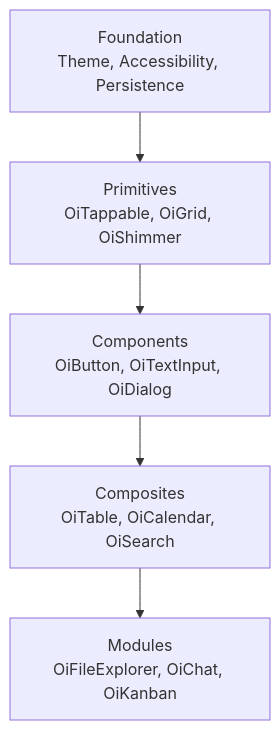
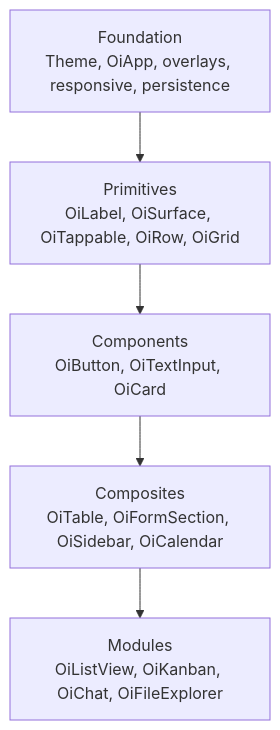
The diagram in doc/documentation/docs/core-concepts/component-tiers.md (SimonErich/obers_ui), drawn with Mermaid before and after one commit. The commit also changed other lines of this file and 88 other files, not shown here.

Commit message:
docs: reorganize widget and chart integration guides

````diff
--- a/doc/documentation/docs/core-concepts/component-tiers.md
+++ b/doc/documentation/docs/core-concepts/component-tiers.md
@@ -5,7 +12,7 @@
 ```mermaid
 graph TD
-    A[Foundation<br/>Theme, Accessibility, Persistence] --> B[Primitives<br/>OiTappable, OiGrid, OiShimmer]
-    B --> C[Components<br/>OiButton, OiTextInput, OiDialog]
-    C --> D[Composites<br/>OiTable, OiCalendar, OiSearch]
-    D --> E[Modules<br/>OiFileExplorer, OiChat, OiKanban]
+    F[Foundation<br/>Theme, OiApp, overlays, responsive, persistence] --> P[Primitives<br/>OiLabel, OiSurface, OiTappable, OiRow, OiGrid]
+    P --> C[Components<br/>OiButton, OiTextInput, OiCard]
+    C --> X[Composites<br/>OiTable, OiFormSection, OiSidebar, OiCalendar]
+    X --> M[Modules<br/>OiListView, OiKanban, OiChat, OiFileExplorer]
 ```
````
